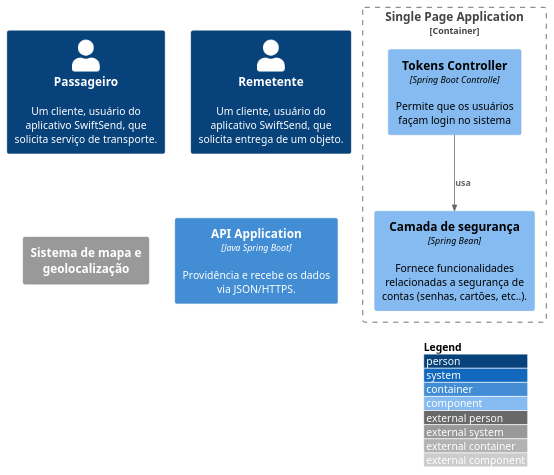
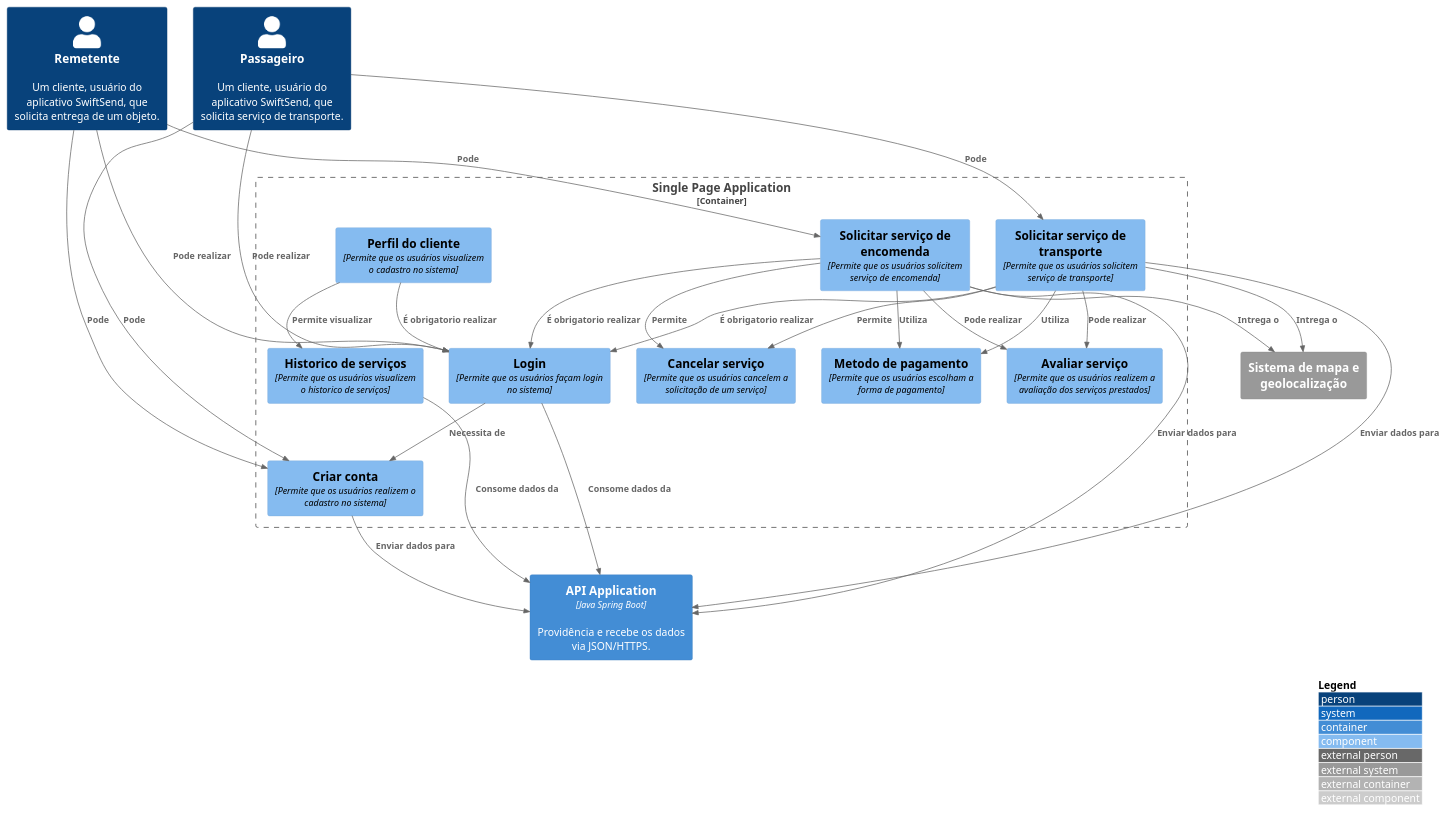
The diagram in src/SwiftSend/Single Page Application/container.puml (43D/SwitfSend_C4Builder), drawn with PlantUML before and after one commit. The commit also changed 19 other files, not shown here.

```diff
--- a/src/SwiftSend/Single Page Application/container.puml
+++ b/src/SwiftSend/Single Page Application/container.puml
@@ -1,19 +1,54 @@
 @startuml
 !include https://raw.githubusercontent.com/adrianvlupu/C4-PlantUML/latest/C4_Component.puml
 
 LAYOUT_WITH_LEGEND()
 
 Person(passageiro, "Passageiro", "Um cliente, usuário do aplicativo SwiftSend, que solicita serviço de transporte.")
 Person(remetente, "Remetente", "Um cliente, usuário do aplicativo SwiftSend, que solicita entrega de um objeto.")
 System_Ext(gps, "Sistema de mapa e geolocalização")
 Container(api, "API Application", "Java Spring Boot", "Providência e recebe os dados via JSON/HTTPS.")
 
 Container_Boundary(spa, "Single Page Application") {
-    Component(tokens, "Tokens Controller", "Spring Boot Controlle", "Permite que os usuários façam login no sistema")
-   
-    Component(security, "Camada de segurança", "Spring Bean", "Fornece funcionalidades relacionadas a segurança de contas (senhas, cartões, etc..).")
+Component(criarConta, "Criar conta", "Permite que os usuários realizem o cadastro no sistema")
+    Component(login, "Login", "Permite que os usuários façam login no sistema")
+    Component(solicitarServicoEncomenda, "Solicitar serviço de encomenda", "Permite que os usuários solicitem serviço de encomenda")
+    Component(metodoPagamento, "Metodo de pagamento", "Permite que os usuários escolham a forma de pagamento")
+    Component(avaliacao, "Avaliar serviço", "Permite que os usuários realizem a avaliação dos serviços prestados")
+    Component(historicoServicos, "Historico de serviços", "Permite que os usuários visualizem o historico de serviços")
+    Component(cancelarServico, "Cancelar serviço", "Permite que os usuários cancelem a solicitação de um serviço")
+    Component(solicitarServicoTranporte, "Solicitar serviço de transporte", "Permite que os usuários solicitem serviço de transporte")
+    Component(perfilCliente, "Perfil do cliente", "Permite que os usuários visualizem o cadastro no sistema")
 
-    Rel(tokens, security, "usa")
+
+    Rel(login, criarConta, "Necessita de")
+    Rel(solicitarServicoEncomenda, login, "É obrigatorio realizar")
+    Rel(solicitarServicoTranporte, login,  "É obrigatorio realizar")
+    Rel(perfilCliente, login, "É obrigatorio realizar")
+
+    Rel(solicitarServicoEncomenda, metodoPagamento, "Utiliza")
+    Rel(solicitarServicoTranporte, metodoPagamento, "Utiliza")
+    Rel(solicitarServicoTranporte, avaliacao, "Pode realizar")
+    Rel(solicitarServicoEncomenda, avaliacao, "Pode realizar")
+    Rel(solicitarServicoEncomenda, cancelarServico, "Permite")
+    Rel(solicitarServicoTranporte, cancelarServico, "Permite")
+    Rel(perfilCliente, historicoServicos, "Permite visualizar")
 }
 
+Rel(passageiro, login, "Pode realizar")
+Rel(passageiro, criarConta, "Pode")
+Rel(passageiro, solicitarServicoTranporte, "Pode")
+
+Rel(remetente, solicitarServicoEncomenda, "Pode")
+Rel(remetente, login, "Pode realizar")
+Rel(remetente, criarConta, "Pode")
+
+Rel(login, api, "Consome dados da")
+Rel(criarConta, api, "Enviar dados para")
+Rel(historicoServicos, api, "Consome dados da")
+Rel(solicitarServicoEncomenda, api, "Enviar dados para")
+Rel(solicitarServicoTranporte, api, "Enviar dados para")
+
+Rel(solicitarServicoEncomenda, gps, "Intrega o")
+Rel(solicitarServicoTranporte, gps, "Intrega o")
+
 @enduml
```
